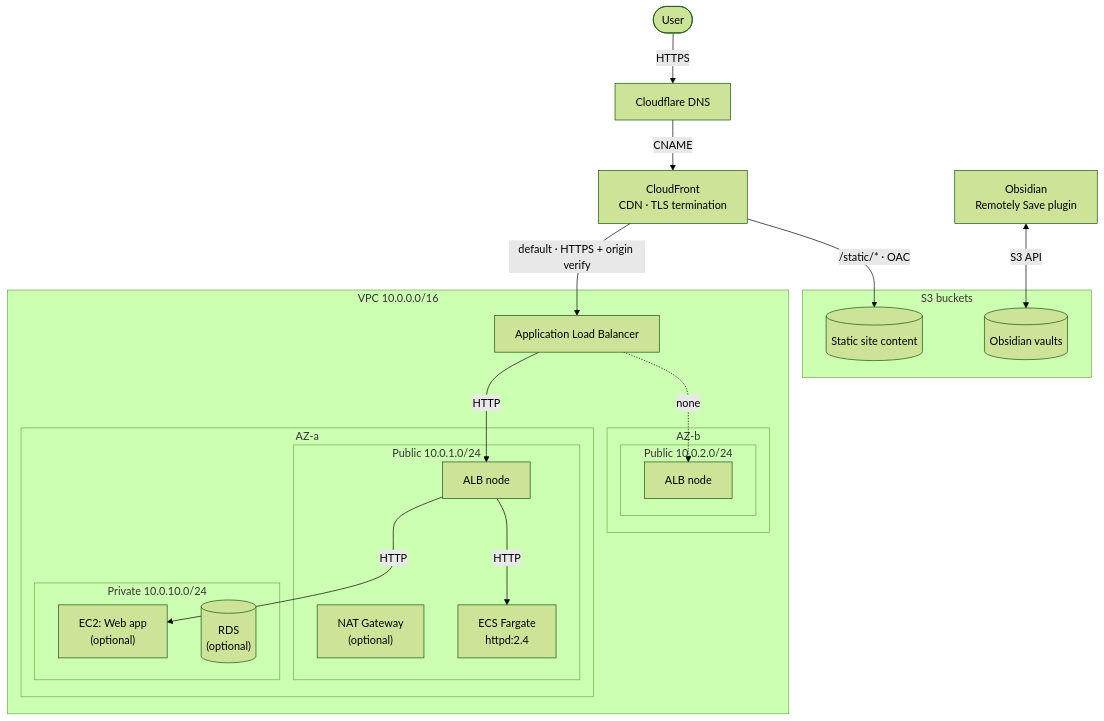
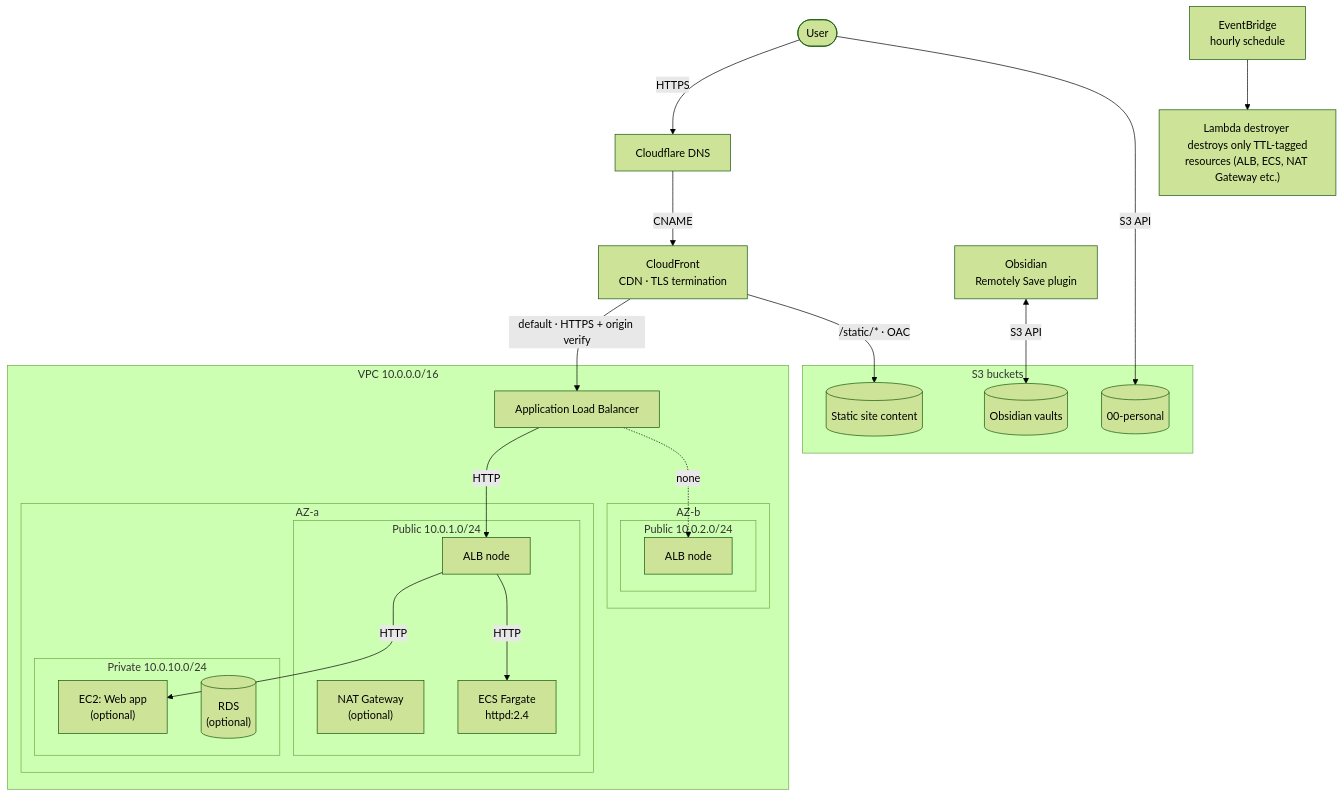
Before and after one commit to turboBasic/aws-demo-environment: the diagram in README.md, drawn with Mermaid (forest theme). The commit also changed other lines of this file and 8 other files, not shown here.

````diff
--- a/README.md
+++ b/README.md
@@ -7,46 +7,53 @@
 ```mermaid
 flowchart TD
     User([User])
         User -->|HTTPS| CF
+        User -->|S3 API| S3Personal
     CF["Cloudflare DNS"]
         CF -->|CNAME| CDN
     CDN["CloudFront <br/> CDN · TLS termination"]
         CDN -->|"default · HTTPS + origin verify"| ALB
         CDN -->|"/static/* · OAC"| S3Static
+
+    EB["EventBridge <br/> hourly schedule"] --> Destroyer["Lambda destroyer <br/> destroys only TTL-tagged resources (ALB, ECS, NAT Gateway etc.)"]
+    %% Destroyer -->|destroys| ALB
+    %% Destroyer -->|destroys| ECS
+    %% Destroyer -->|destroys| NATgw
 
     subgraph VPC["VPC 10.0.0.0/16"]
         ALB["Application Load Balancer"]
 
         ALB -->|HTTP| ALBnodeA
         subgraph AZa["AZ-a"]
             subgraph Public["Public 10.0.1.0/24"]
                 ALBnodeA["ALB node"]
                 NATgw["NAT Gateway <br/> (optional)"]
                 ECS["ECS Fargate <br/> httpd:2.4"]
             end
             subgraph Private["Private 10.0.10.0/24"]
                 WebApp["EC2: Web app <br/> (optional)"]
                 RDS[("RDS <br/> (optional)")]
             end
         end
 
         ALB -.->|none| ALBnodeB
         subgraph AZb["AZ-b"]
             subgraph PublicB["Public 10.0.2.0/24"]
                 ALBnodeB["ALB node"]
             end
         end
     end
 
     Obsidian["Obsidian <br/> Remotely Save plugin"]
         Obsidian <-->|S3 API| S3Obsidian
 
     subgraph S3["S3 buckets"]
         S3Obsidian[("Obsidian vaults")]
         S3Static[("Static site content")]
+        S3Personal[("00-personal")]
     end
 
     ALBnodeA  -->|HTTP| WebApp
     ALBnodeA  -->|HTTP| ECS
 
 ```
````
